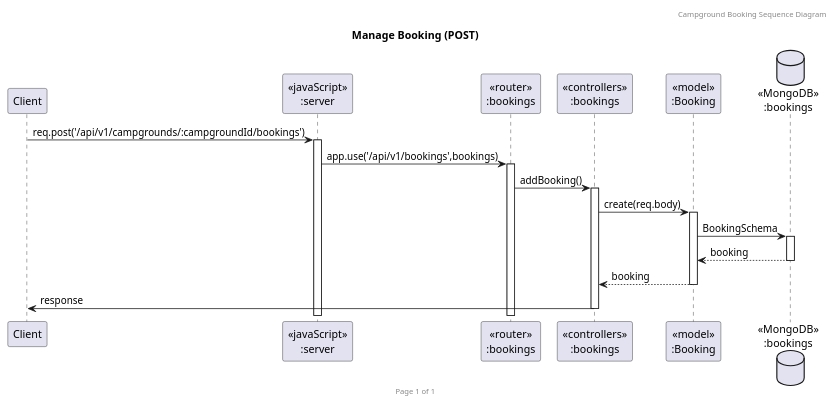
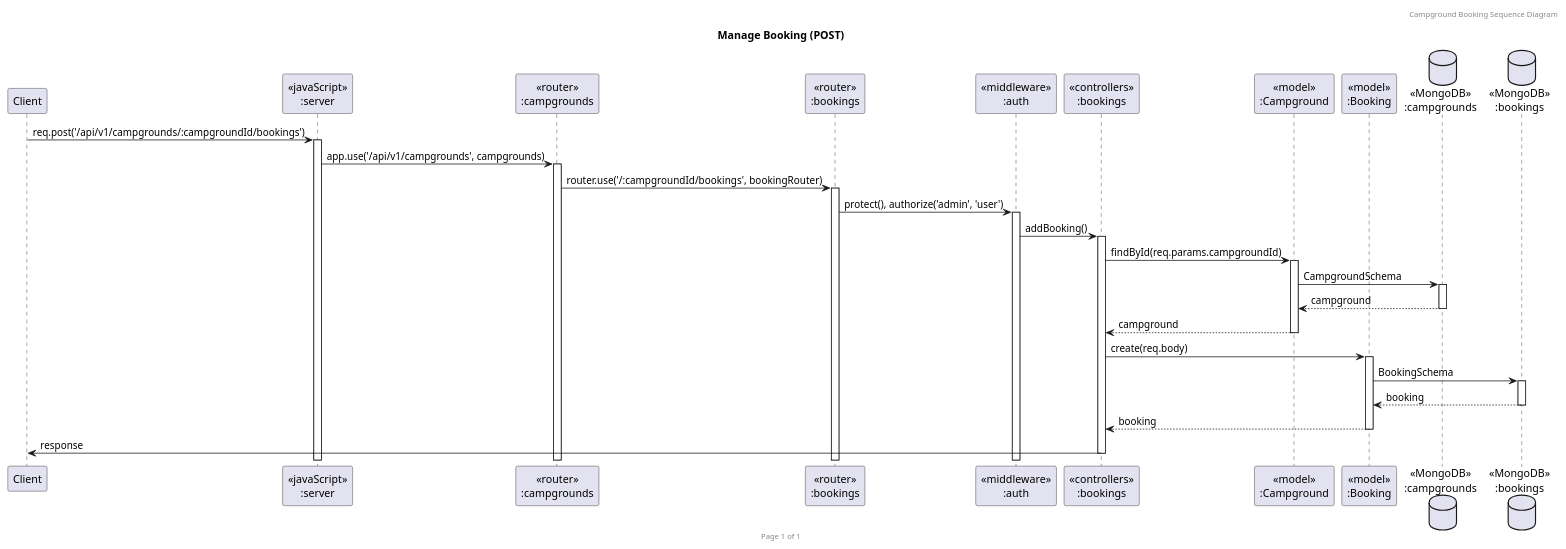
Before and after one commit to 2110503-CEDT68/be-project-68-backshot: the diagram in sequence.puml, drawn with PlantUML.

```diff
--- a/sequence.puml
+++ b/sequence.puml
@@ -1,23 +1,36 @@
 @startuml Manage Booking (POST)
 
 header Campground Booking Sequence Diagram
 footer Page %page% of %lastpage%
 title "Manage Booking (POST)"
 
 participant "Client" as client
 participant "<<javaScript>>\n:server" as server
+participant "<<router>>\n:campgrounds" as routerCampgrounds
 participant "<<router>>\n:bookings" as routerBookings
+participant "<<middleware>>\n:auth" as middlewareAuth
 participant "<<controllers>>\n:bookings" as controllersBookings
+participant "<<model>>\n:Campground" as modelCampground
 participant "<<model>>\n:Booking" as modelBooking
+database "<<MongoDB>>\n:campgrounds" as CampgroundsDatabase
 database "<<MongoDB>>\n:bookings" as BookingsDatabase
 
 client->server ++:req.post('/api/v1/campgrounds/:campgroundId/bookings')
-server->routerBookings ++:app.use('/api/v1/bookings',bookings)
-routerBookings -> controllersBookings ++:addBooking()
+server->routerCampgrounds ++:app.use('/api/v1/campgrounds', campgrounds)
+routerCampgrounds->routerBookings ++:router.use('/:campgroundId/bookings', bookingRouter)
+routerBookings -> middlewareAuth ++:protect(), authorize('admin', 'user')
+middlewareAuth -> controllersBookings ++:addBooking()
+
+controllersBookings->modelCampground ++:findById(req.params.campgroundId)
+modelCampground ->CampgroundsDatabase ++: CampgroundSchema
+CampgroundsDatabase --> modelCampground --: campground
+controllersBookings <-- modelCampground --:campground
+
 controllersBookings->modelBooking ++:create(req.body)
 modelBooking ->BookingsDatabase ++: BookingSchema
 BookingsDatabase --> modelBooking --: booking
 controllersBookings <-- modelBooking --:booking
+
 controllersBookings->client --:response
 
 @enduml
```
